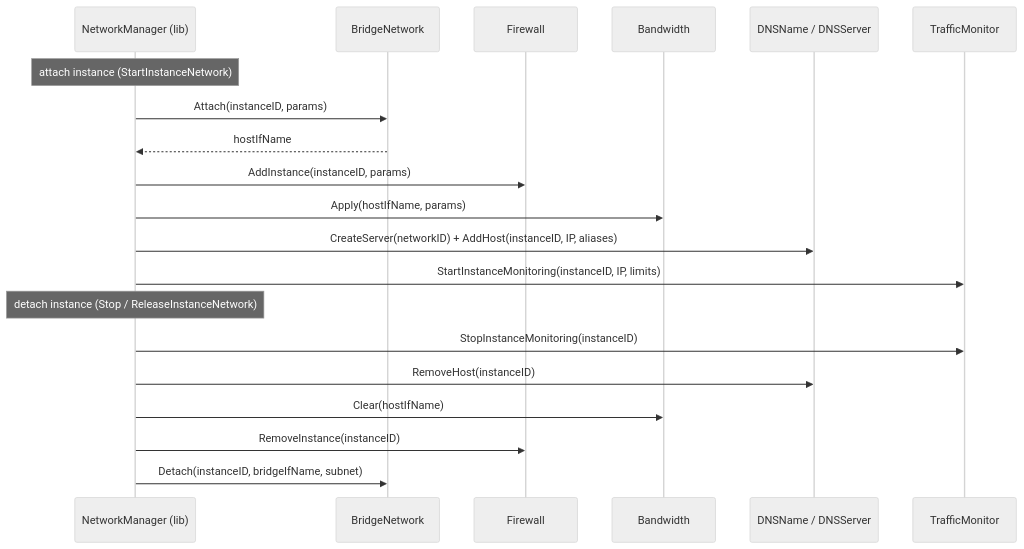
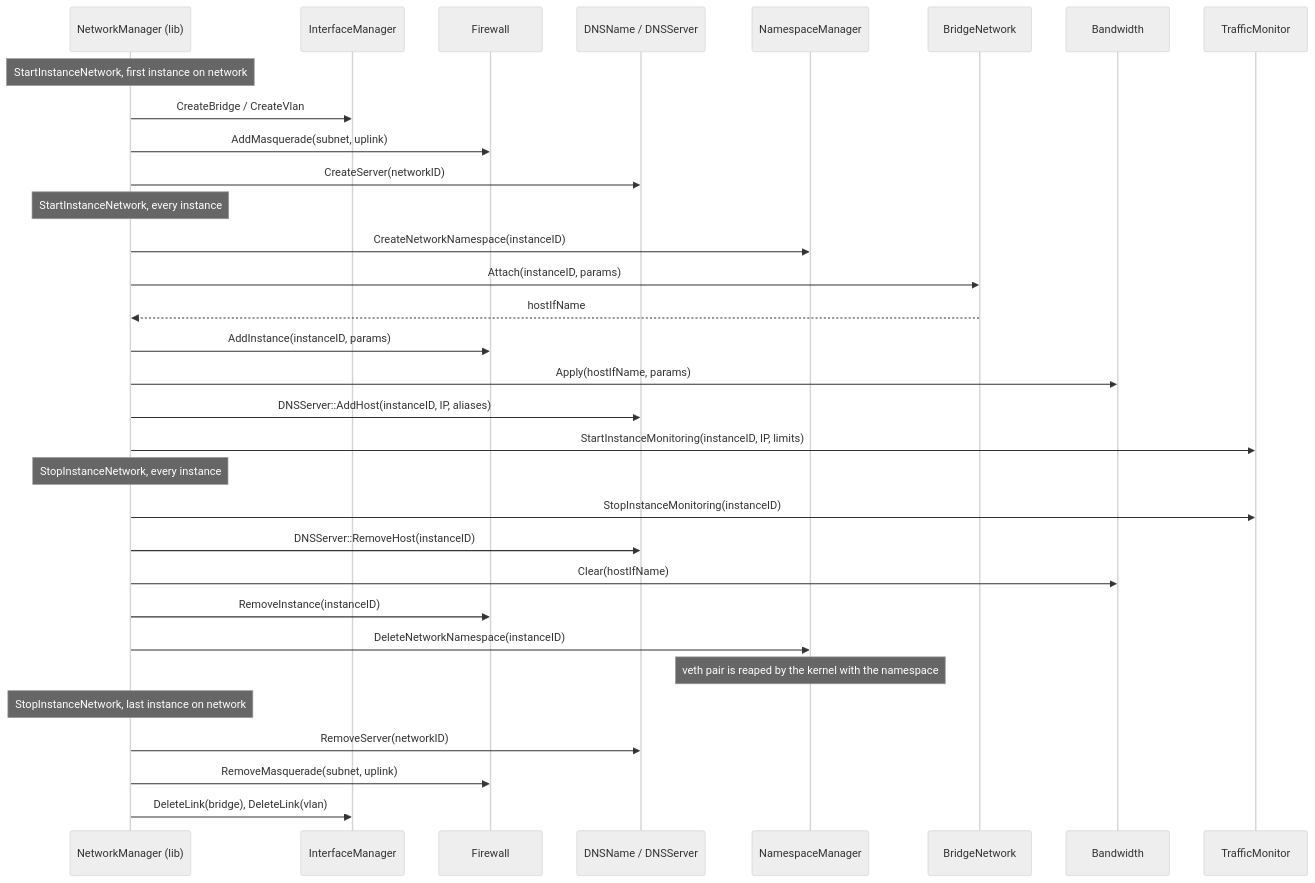
The second of 2 diagrams in src/sm/networkmanager/networkmanager.md (MykolaSuperman/aos_core_cpp), drawn with Mermaid (neutral theme) before and after one commit. The commit also changed other lines of this file, not shown here.

````diff
--- a/src/sm/networkmanager/networkmanager.md
+++ b/src/sm/networkmanager/networkmanager.md
@@ -131,24 +143,38 @@
 ```mermaid
 sequenceDiagram
     participant NM as NetworkManager (lib)
-    participant Bridge as BridgeNetwork
+    participant IF as InterfaceManager
     participant FW as Firewall
+    participant DNS as DNSName / DNSServer
+    participant NS as NamespaceManager
+    participant BR as BridgeNetwork
     participant BW as Bandwidth
-    participant DNS as DNSName / DNSServer
     participant TM as TrafficMonitor
 
-    Note over NM: attach instance (StartInstanceNetwork)
-    NM->>Bridge: Attach(instanceID, params)
-    Bridge-->>NM: hostIfName
-    NM->>FW: AddInstance(instanceID, params)
-    NM->>BW: Apply(hostIfName, params)
-    NM->>DNS: CreateServer(networkID) + AddHost(instanceID, IP, aliases)
-    NM->>TM: StartInstanceMonitoring(instanceID, IP, limits)
+    Note over NM: StartInstanceNetwork, first instance on network
+    NM ->> IF: CreateBridge / CreateVlan
+    NM ->> FW: AddMasquerade(subnet, uplink)
+    NM ->> DNS: CreateServer(networkID)
 
-    Note over NM: detach instance (Stop / ReleaseInstanceNetwork)
-    NM->>TM: StopInstanceMonitoring(instanceID)
-    NM->>DNS: RemoveHost(instanceID)
-    NM->>BW: Clear(hostIfName)
-    NM->>FW: RemoveInstance(instanceID)
-    NM->>Bridge: Detach(instanceID, bridgeIfName, subnet)
+    Note over NM: StartInstanceNetwork, every instance
+    NM ->> NS: CreateNetworkNamespace(instanceID)
+    NM ->> BR: Attach(instanceID, params)
+    BR -->> NM: hostIfName
+    NM ->> FW: AddInstance(instanceID, params)
+    NM ->> BW: Apply(hostIfName, params)
+    NM ->> DNS: DNSServer::AddHost(instanceID, IP, aliases)
+    NM ->> TM: StartInstanceMonitoring(instanceID, IP, limits)
+
+    Note over NM: StopInstanceNetwork, every instance
+    NM ->> TM: StopInstanceMonitoring(instanceID)
+    NM ->> DNS: DNSServer::RemoveHost(instanceID)
+    NM ->> BW: Clear(hostIfName)
+    NM ->> FW: RemoveInstance(instanceID)
+    NM ->> NS: DeleteNetworkNamespace(instanceID)
+    Note over NS: veth pair is reaped by the kernel with the namespace
+
+    Note over NM: StopInstanceNetwork, last instance on network
+    NM ->> DNS: RemoveServer(networkID)
+    NM ->> FW: RemoveMasquerade(subnet, uplink)
+    NM ->> IF: DeleteLink(bridge), DeleteLink(vlan)
 ```
````
